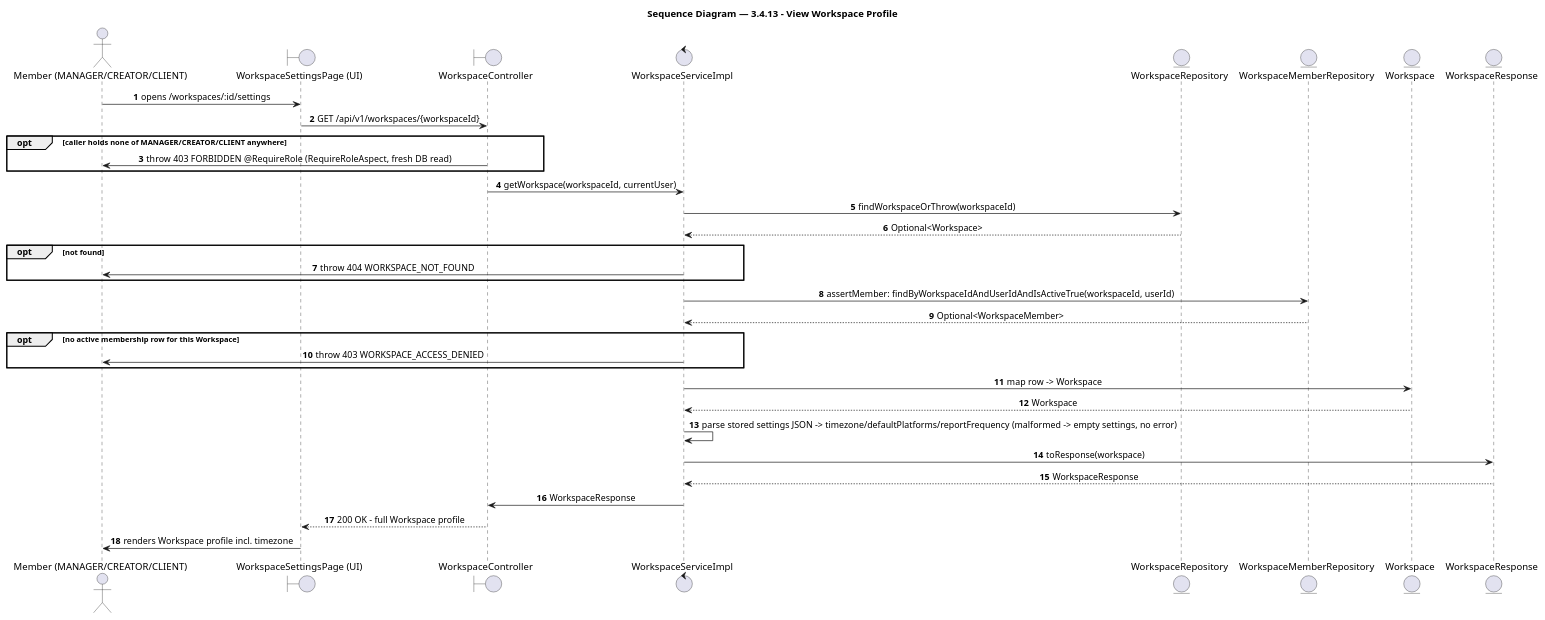
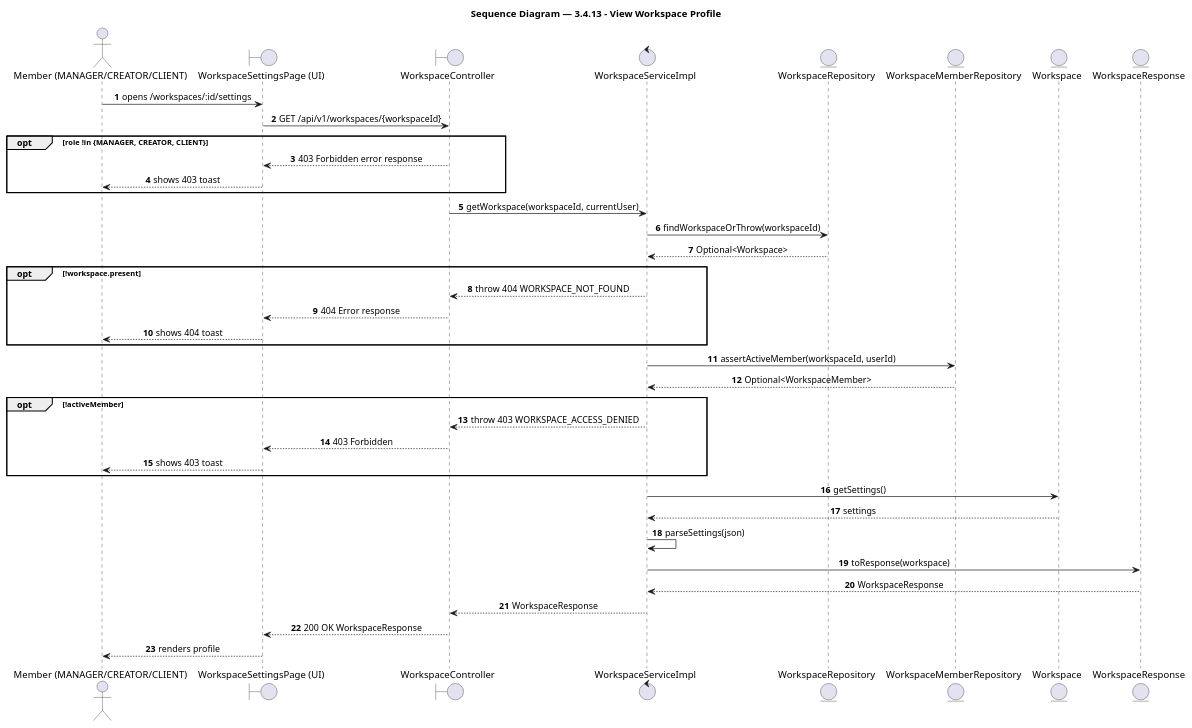
Before and after one commit to BrandHubOrganization/brandhub-infrastructure: the diagram in docs/feature/agency-workspace/3-4-13-view-workspace-profile/report4_sequence.puml, drawn with PlantUML. The commit also changed 33 other files, not shown here.

Commit message:
docs: add PlantUML sequence diagrams and class diagrams for agency workspace and profile features

```diff
--- a/docs/feature/agency-workspace/3-4-13-view-workspace-profile/report4_sequence.puml
+++ b/docs/feature/agency-workspace/3-4-13-view-workspace-profile/report4_sequence.puml
@@ -1,46 +1,51 @@
 @startuml 3.4.13 - View Workspace Profile
 title Sequence Diagram — 3.4.13 - View Workspace Profile
 
 autonumber
 skinparam shadowing false
 skinparam sequenceMessageAlign center
 skinparam BoxPadding 10
 skinparam ParticipantPadding 10
 
 ' === Participants ===
 actor "Member (MANAGER/CREATOR/CLIENT)" as member_manager_creator_client
 boundary "WorkspaceSettingsPage (UI)" as workspacesettingspage_ui
 boundary "WorkspaceController" as workspacecontroller
 control "WorkspaceServiceImpl" as workspaceserviceimpl
 entity "WorkspaceRepository" as workspacerepository
 entity "WorkspaceMemberRepository" as workspacememberrepository
 entity "Workspace" as workspace
 entity "WorkspaceResponse" as workspaceresponse
 
 ' === Flow ===
 member_manager_creator_client -> workspacesettingspage_ui: opens /workspaces/:id/settings
 workspacesettingspage_ui -> workspacecontroller: GET /api/v1/workspaces/{workspaceId}
-opt caller holds none of MANAGER/CREATOR/CLIENT anywhere
-  workspacecontroller -> member_manager_creator_client: throw 403 FORBIDDEN  @RequireRole (RequireRoleAspect, fresh DB read)
+opt role !in {MANAGER, CREATOR, CLIENT}
+  workspacecontroller --> workspacesettingspage_ui: 403 Forbidden error response
+  workspacesettingspage_ui --> member_manager_creator_client: shows 403 toast
 end
 workspacecontroller -> workspaceserviceimpl: getWorkspace(workspaceId, currentUser)
 workspaceserviceimpl -> workspacerepository: findWorkspaceOrThrow(workspaceId)
 workspacerepository --> workspaceserviceimpl: Optional<Workspace>
-opt not found
-  workspaceserviceimpl -> member_manager_creator_client: throw 404 WORKSPACE_NOT_FOUND
+opt !workspace.present
+  workspaceserviceimpl --> workspacecontroller: throw 404 WORKSPACE_NOT_FOUND
+  workspacecontroller --> workspacesettingspage_ui: 404 Error response
+  workspacesettingspage_ui --> member_manager_creator_client: shows 404 toast
 end
-workspaceserviceimpl -> workspacememberrepository: assertMember: findByWorkspaceIdAndUserIdAndIsActiveTrue(workspaceId, userId)
+workspaceserviceimpl -> workspacememberrepository: assertActiveMember(workspaceId, userId)
 workspacememberrepository --> workspaceserviceimpl: Optional<WorkspaceMember>
-opt no active membership row for this Workspace
-  workspaceserviceimpl -> member_manager_creator_client: throw 403 WORKSPACE_ACCESS_DENIED
+opt !activeMember
+  workspaceserviceimpl --> workspacecontroller: throw 403 WORKSPACE_ACCESS_DENIED
+  workspacecontroller --> workspacesettingspage_ui: 403 Forbidden
+  workspacesettingspage_ui --> member_manager_creator_client: shows 403 toast
 end
-workspaceserviceimpl -> workspace: map row -> Workspace
-workspace --> workspaceserviceimpl: Workspace
-workspaceserviceimpl -> workspaceserviceimpl: parse stored settings JSON -> timezone/defaultPlatforms/reportFrequency (malformed -> empty settings, no error)
+workspaceserviceimpl -> workspace: getSettings()
+workspace --> workspaceserviceimpl: settings
+workspaceserviceimpl -> workspaceserviceimpl: parseSettings(json)
 workspaceserviceimpl -> workspaceresponse: toResponse(workspace)
 workspaceresponse --> workspaceserviceimpl: WorkspaceResponse
-workspaceserviceimpl -> workspacecontroller: WorkspaceResponse
-workspacecontroller --> workspacesettingspage_ui: 200 OK - full Workspace profile
-workspacesettingspage_ui -> member_manager_creator_client: renders Workspace profile incl. timezone
+workspaceserviceimpl --> workspacecontroller: WorkspaceResponse
+workspacecontroller --> workspacesettingspage_ui: 200 OK WorkspaceResponse
+workspacesettingspage_ui --> member_manager_creator_client: renders profile
 
 @enduml
```
